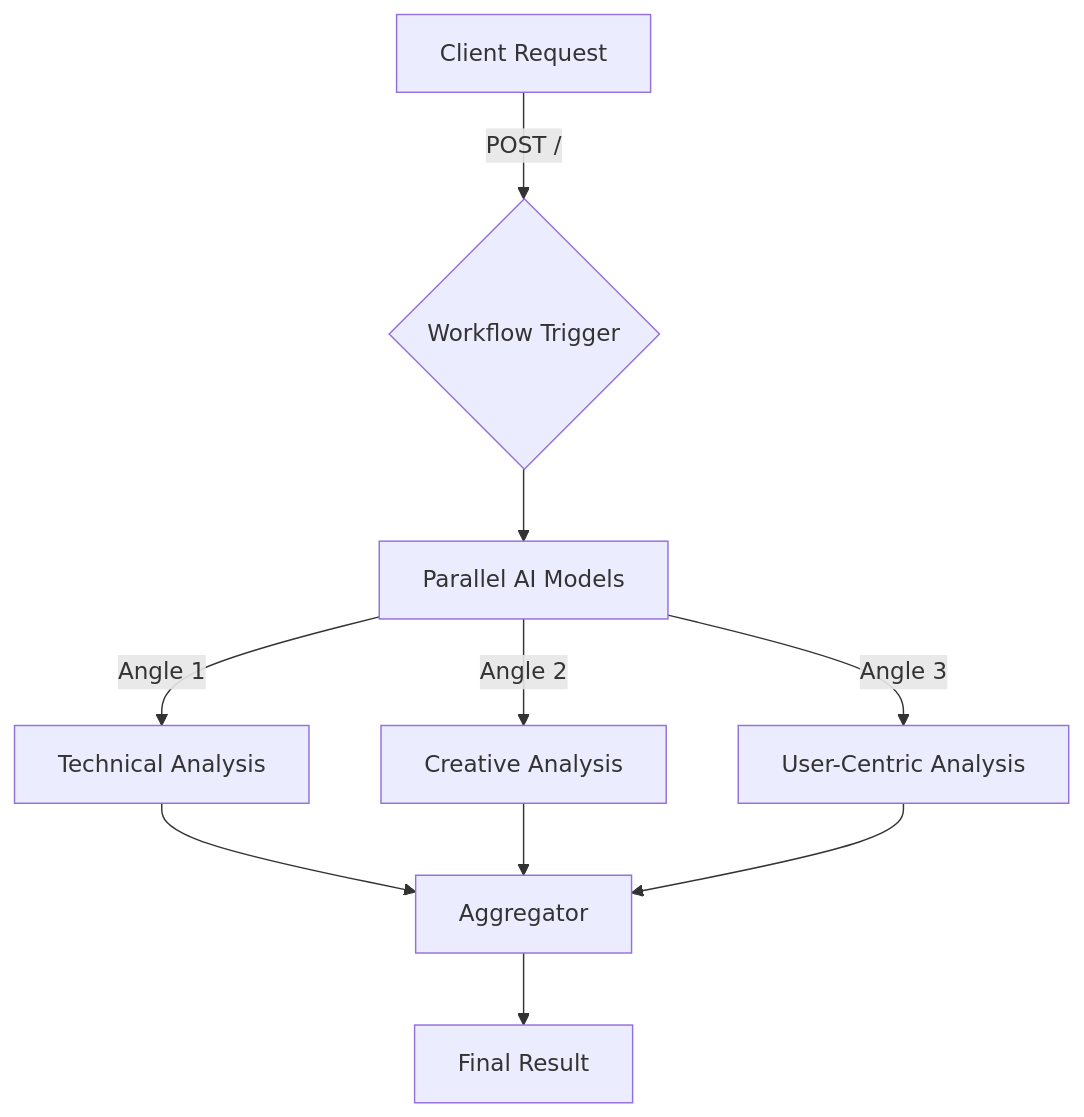
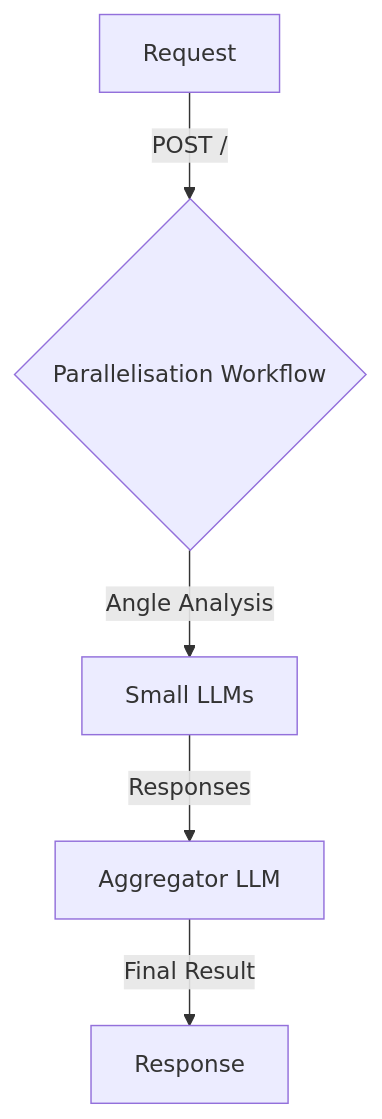
Before and after one commit to reeawnc/cloudflare: the first of 2 diagrams in apps/parallelisation/README.md, drawn with Mermaid. The commit also changed other lines of this file and 18 other files, not shown here.

````diff
--- a/apps/parallelisation/README.md
+++ b/apps/parallelisation/README.md
@@ -71,12 +47,7 @@
 ```mermaid
 graph TD;
-    A[Client Request] -->|POST /| B{Workflow Trigger}
-    B --> C[Parallel AI Models]
-    C -->|Angle 1| D[Technical Analysis]
-    C -->|Angle 2| E[Creative Analysis]
-    C -->|Angle 3| F[User-Centric Analysis]
-    D --> G[Aggregator]
-    E --> G
-    F --> G
-    G --> H[Final Result]
+    A[Request] -->|POST /| B{Parallelisation Workflow}
+    B -->|Angle Analysis| C[Small LLMs]
+    C -->|Responses| D[Aggregator LLM]
+    D -->|Final Result| E[Response]
 ```
````
